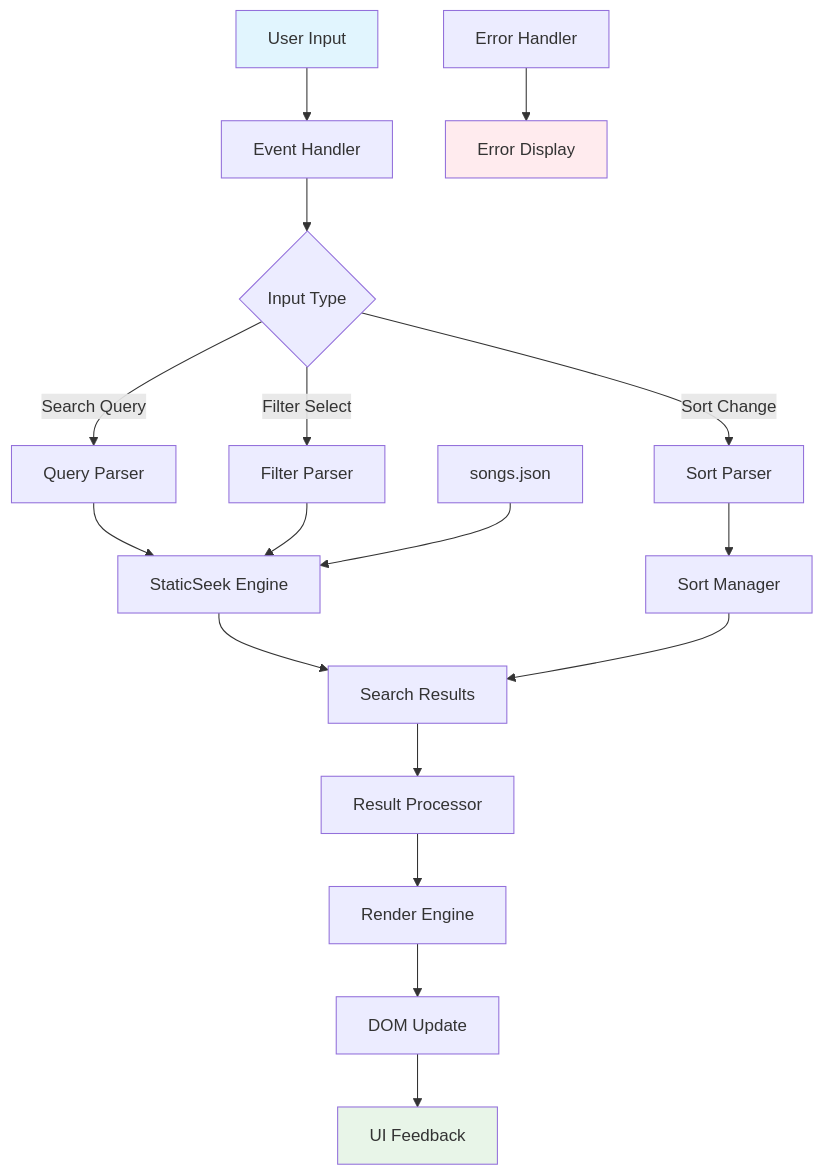
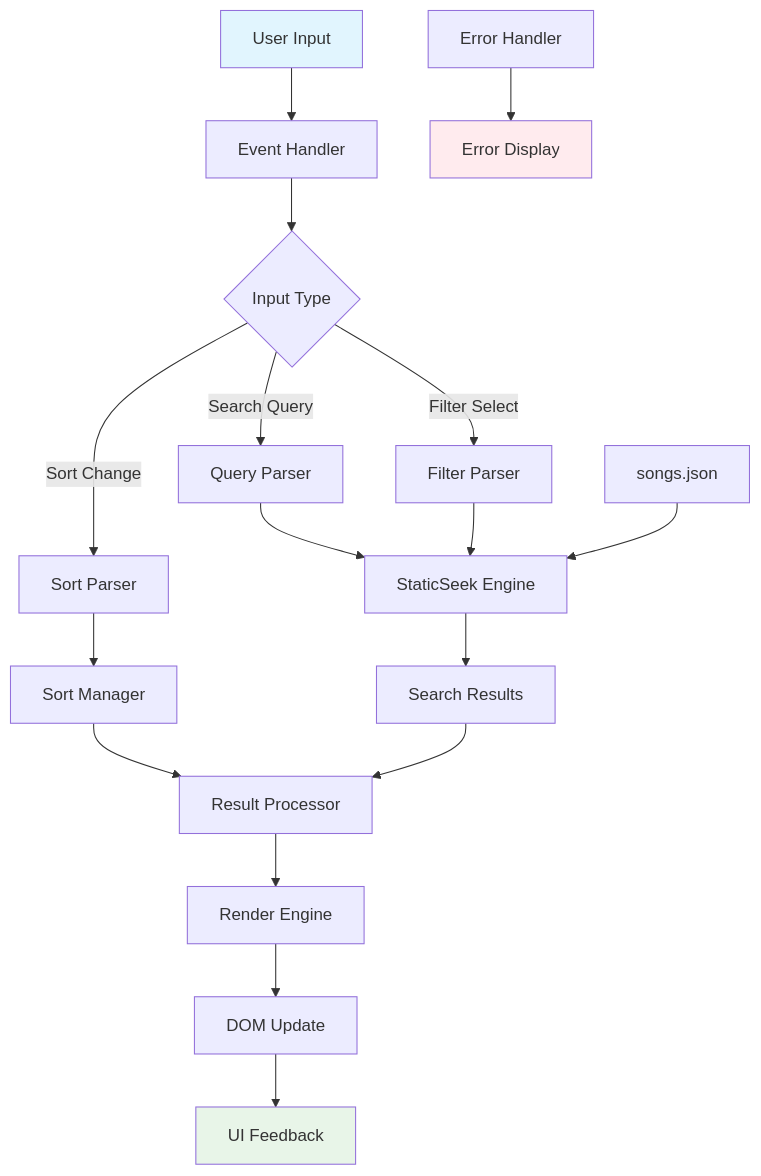
Before and after one commit to osawa-naotaka/vtunelist: the first of 3 diagrams in doc/core/07_FRONTEND_FUNCTIONAL_SPEC.md, drawn with Mermaid. The commit also changed other lines of this file and 4 other files, not shown here.

````diff
--- a/doc/core/07_FRONTEND_FUNCTIONAL_SPEC.md
+++ b/doc/core/07_FRONTEND_FUNCTIONAL_SPEC.md
@@ -40,28 +40,28 @@
 ```mermaid
 graph TD
     A[User Input] --> B[Event Handler]
     B --> C{Input Type}
     
     C -->|Search Query| D[Query Parser]
     C -->|Filter Select| E[Filter Parser]
     C -->|Sort Change| F[Sort Parser]
     
     D --> G[StaticSeek Engine]
     E --> G
     F --> H[Sort Manager]
     
     G --> I[Search Results]
-    H --> I
+    H --> J
     
     I --> J[Result Processor]
     J --> K[Render Engine]
     K --> L[DOM Update]
     L --> M[UI Feedback]
     
     N[songs.json] --> G
     O[Error Handler] --> P[Error Display]
     
     style A fill:#e1f5fe
     style M fill:#e8f5e8
     style P fill:#ffebee
 ```
````
